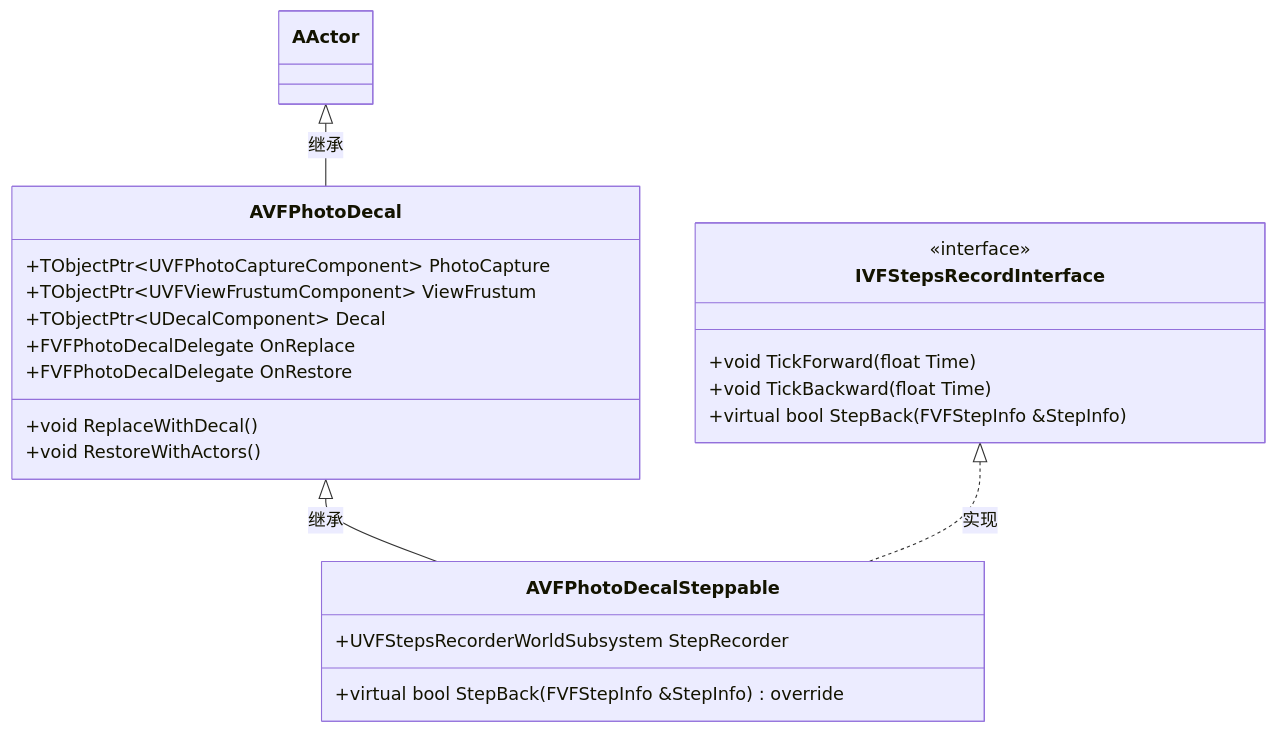
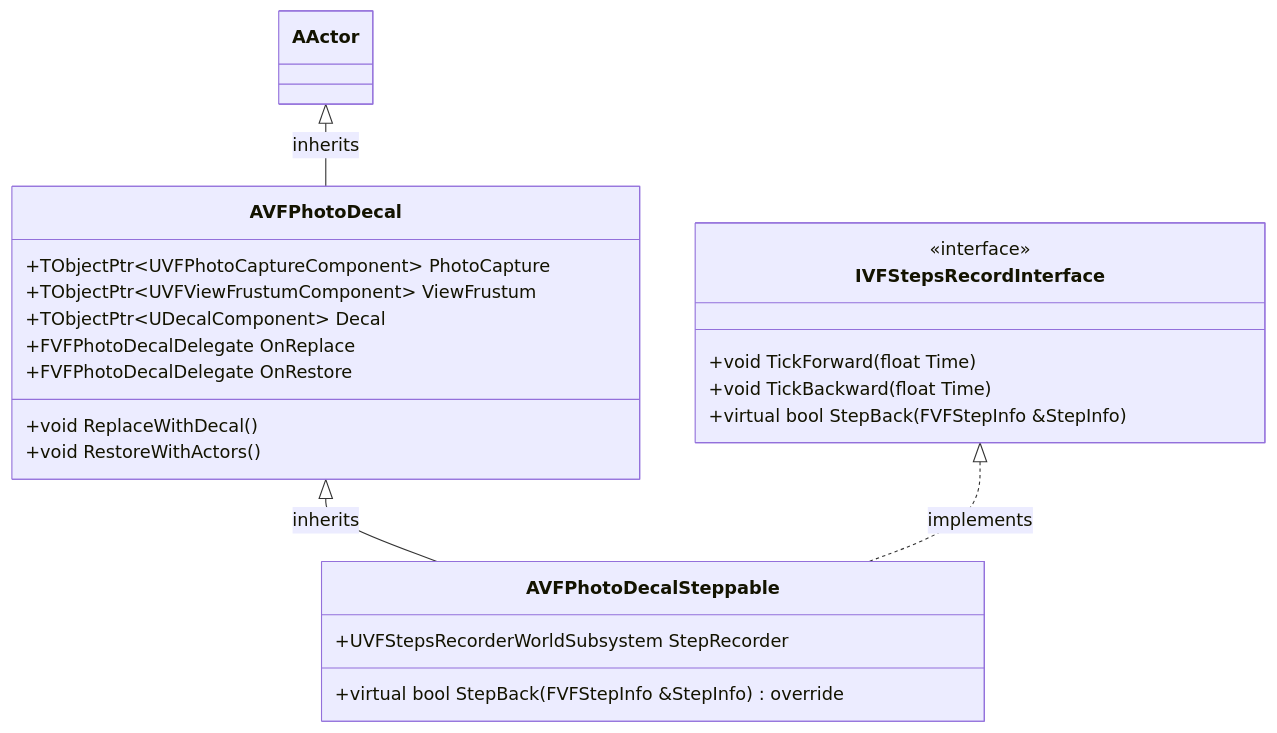
One commit to StrangeDS/ViewFinderRe changed the fifth of 9 diagrams in README.md. Above: the diagram before and after it, drawn with Mermaid. The commit also changed other lines of this file and 1 other file, not shown here.

````diff
--- a/README.md
+++ b/README.md
@@ -519,30 +1181,30 @@
 ```mermaid
 classDiagram
     class AVFPhotoDecal {
       +TObjectPtr~UVFPhotoCaptureComponent~ PhotoCapture
       +TObjectPtr~UVFViewFrustumComponent~ ViewFrustum
       +TObjectPtr~UDecalComponent~ Decal
       +FVFPhotoDecalDelegate OnReplace
       +FVFPhotoDecalDelegate OnRestore
 
       +void ReplaceWithDecal()
       +void RestoreWithActors()
     }
 
     class IVFStepsRecordInterface {
       <<interface>>
       +void TickForward(float Time)
       +void TickBackward(float Time)
       +virtual bool StepBack(FVFStepInfo &StepInfo)
     }
 
     class AVFPhotoDecalSteppable {
       +UVFStepsRecorderWorldSubsystem StepRecorder
 
       +virtual bool StepBack(FVFStepInfo &StepInfo) override
     }
 
-    AActor <|-- AVFPhotoDecal: 继承
-    AVFPhotoDecal <|-- AVFPhotoDecalSteppable: 继承
-    IVFStepsRecordInterface <|.. AVFPhotoDecalSteppable: 实现
+    AActor <|-- AVFPhotoDecal: inherits
+    AVFPhotoDecal <|-- AVFPhotoDecalSteppable: inherits
+    IVFStepsRecordInterface <|.. AVFPhotoDecalSteppable: implements
 ```
````
